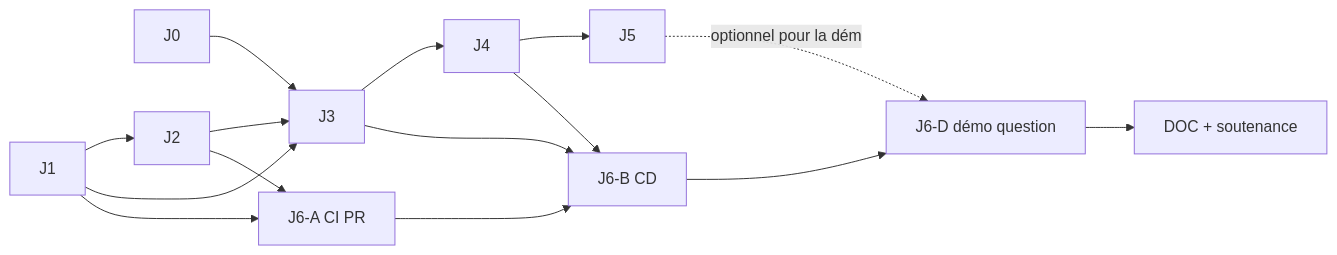
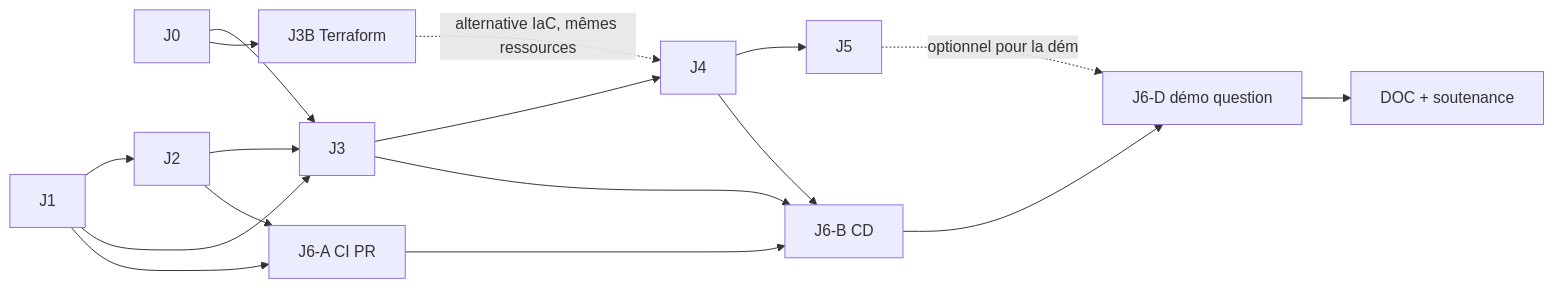
The diagram in plan/README.md (adam-benyekkou/eval-quiz-app), drawn with Mermaid before and after one commit. The commit also changed other lines of this file and 2 other files, not shown here.

Commit message:
docs: add optional J3B Terraform IaC step alongside required Azure CLI scripts

````diff
--- a/plan/README.md
+++ b/plan/README.md
@@ -21,17 +21,19 @@
 ```mermaid
 flowchart LR
     J0-->J3
+    J0-->J3B[J3B Terraform]
     J1-->J2
     J1-->J3
     J2-->J3
     J3-->J4
+    J3B-.alternative IaC, mêmes ressources.->J4
     J4-->J5
     J1-->J6A[J6-A CI PR]
     J2-->J6A
     J3-->J6B[J6-B CD]
     J4-->J6B
     J6A-->J6B
     J6B-->J6D[J6-D démo question]
     J5 -.optionnel pour la démo.-> J6D
     J6D-->DOC[DOC + soutenance]
 ```
````
